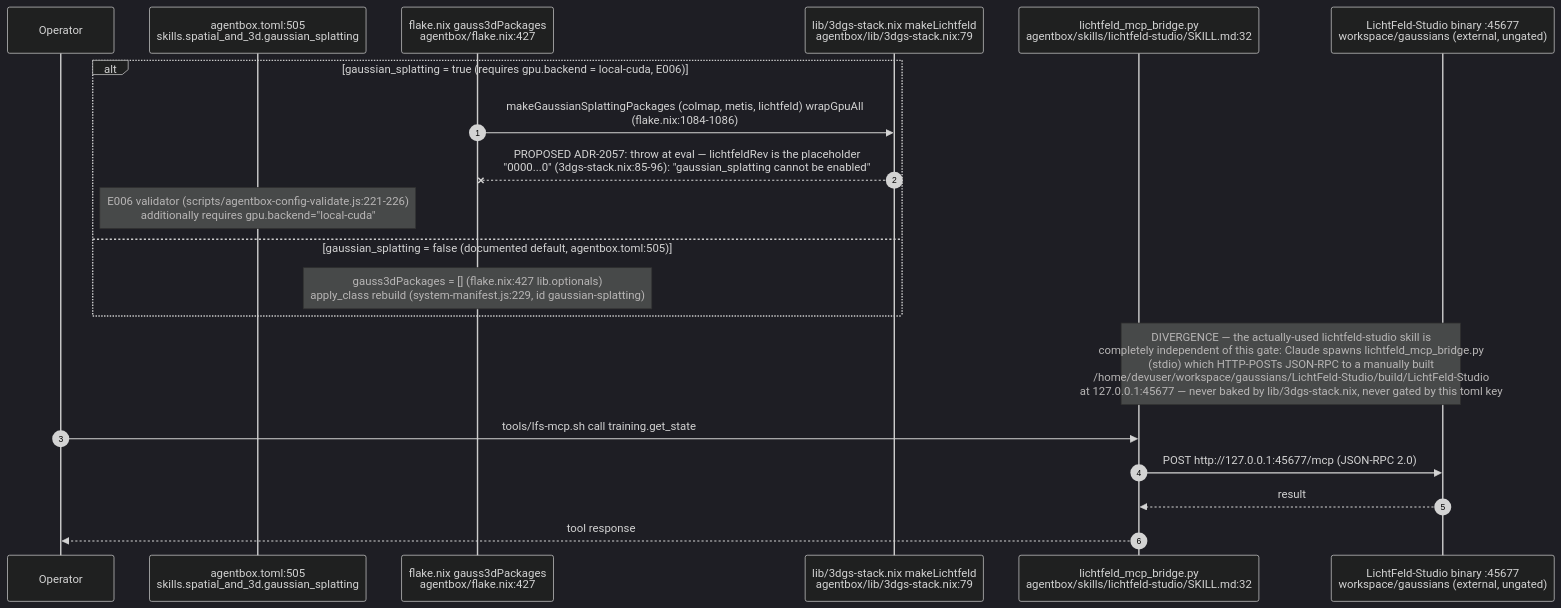
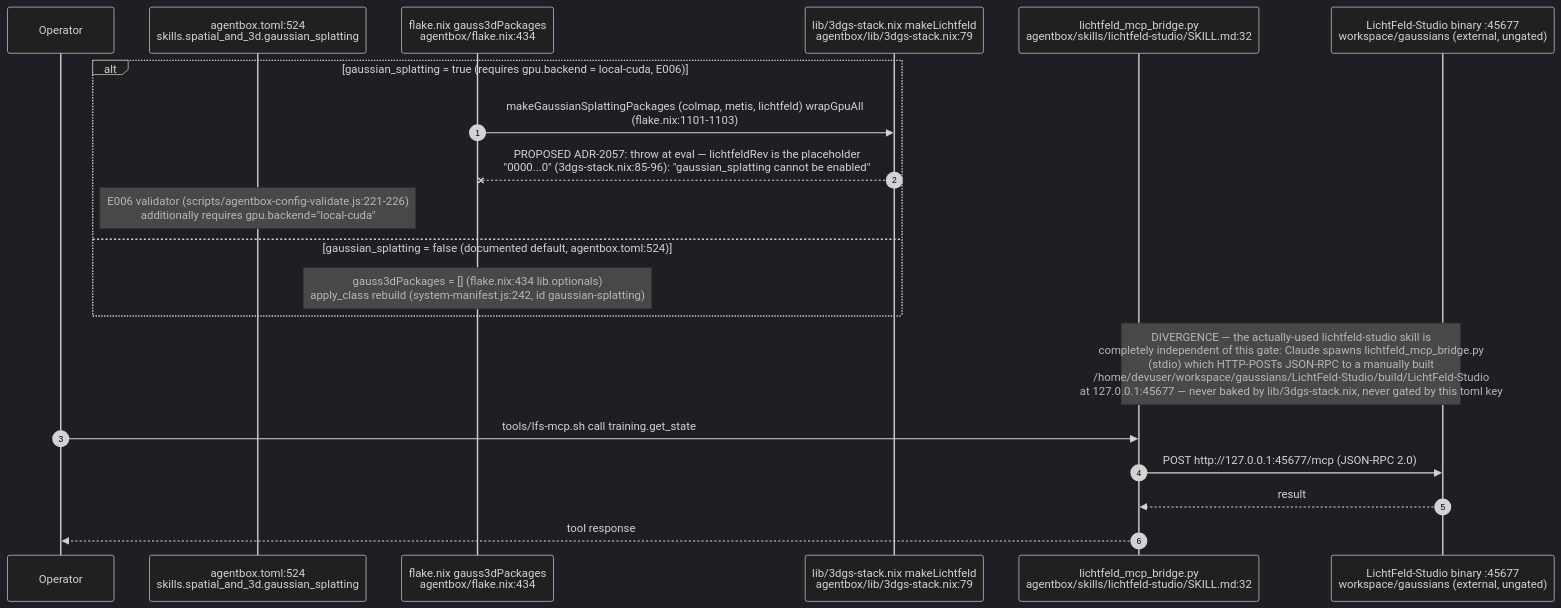
One commit to DreamLab-AI/AR-AI-Knowledge-Graph changed the ninth of 12 diagrams in docs/diagrams/agentbox/27-media-gpu-capability-services.md. Above: the diagram before and after it, drawn with Mermaid (dark theme). The commit also changed other lines of this file and 73 other files, not shown here.

First line of the commit message:
docs(diagrams): re-verify all 71 topic files against HEAD; add --cite-check

````diff
--- a/docs/diagrams/agentbox/27-media-gpu-capability-services.md
+++ b/docs/diagrams/agentbox/27-media-gpu-capability-services.md
@@ -275,23 +275,23 @@
 ```mermaid
 sequenceDiagram
     autonumber
     participant Op as Operator
-    participant Toml as agentbox.toml:505<br/>skills.spatial_and_3d.gaussian_splatting
-    participant Flake as flake.nix gauss3dPackages<br/>agentbox/flake.nix:427
+    participant Toml as agentbox.toml:524<br/>skills.spatial_and_3d.gaussian_splatting
+    participant Flake as flake.nix gauss3dPackages<br/>agentbox/flake.nix:434
     participant Nix3dgs as lib/3dgs-stack.nix makeLichtfeld<br/>agentbox/lib/3dgs-stack.nix:79
     participant Bridge as lichtfeld_mcp_bridge.py<br/>agentbox/skills/lichtfeld-studio/SKILL.md:32
     participant LFS as LichtFeld-Studio binary :45677<br/>workspace/gaussians (external, ungated)
 
     alt gaussian_splatting = true (requires gpu.backend = local-cuda, E006)
-        Flake->>Nix3dgs: makeGaussianSplattingPackages (colmap, metis, lichtfeld) wrapGpuAll<br/>(flake.nix:1084-1086)
+        Flake->>Nix3dgs: makeGaussianSplattingPackages (colmap, metis, lichtfeld) wrapGpuAll<br/>(flake.nix:1101-1103)
         Nix3dgs--xFlake: PROPOSED ADR-2057: throw at eval — lichtfeldRev is the placeholder<br/>"0000...0" (3dgs-stack.nix:85-96): "gaussian_splatting cannot be enabled"
         Note over Toml: E006 validator (scripts/agentbox-config-validate.js:221-226)<br/>additionally requires gpu.backend="local-cuda"
-    else gaussian_splatting = false (documented default, agentbox.toml:505)
-        Note over Flake: gauss3dPackages = [] (flake.nix:427 lib.optionals)<br/>apply_class rebuild (system-manifest.js:229, id gaussian-splatting)
+    else gaussian_splatting = false (documented default, agentbox.toml:524)
+        Note over Flake: gauss3dPackages = [] (flake.nix:434 lib.optionals)<br/>apply_class rebuild (system-manifest.js:242, id gaussian-splatting)
     end
     Note over Bridge,LFS: DIVERGENCE — the actually-used lichtfeld-studio skill is<br/>completely independent of this gate: Claude spawns lichtfeld_mcp_bridge.py<br/>(stdio) which HTTP-POSTs JSON-RPC to a manually built<br/>/home/devuser/workspace/gaussians/LichtFeld-Studio/build/LichtFeld-Studio<br/>at 127.0.0.1:45677 — never baked by lib/3dgs-stack.nix, never gated by this toml key
     Op->>Bridge: tools/lfs-mcp.sh call training.get_state
     Bridge->>LFS: POST http://127.0.0.1:45677/mcp (JSON-RPC 2.0)
     LFS-->>Bridge: result
     Bridge-->>Op: tool response
 ```
````
